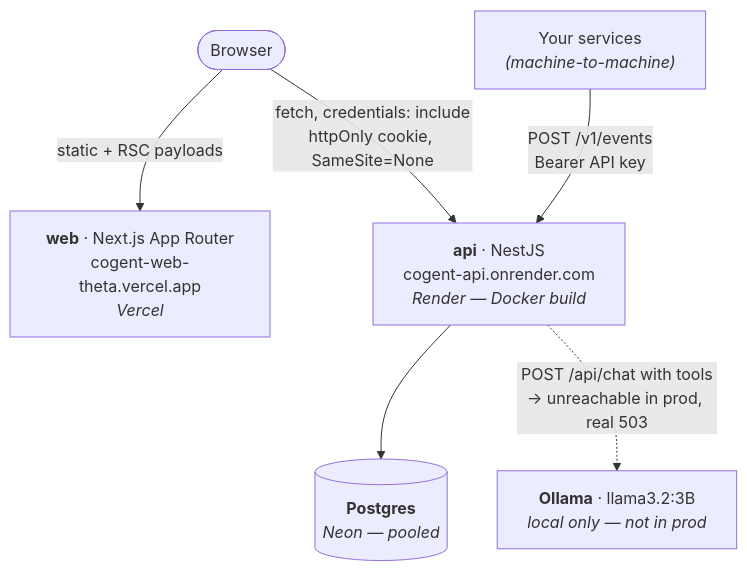
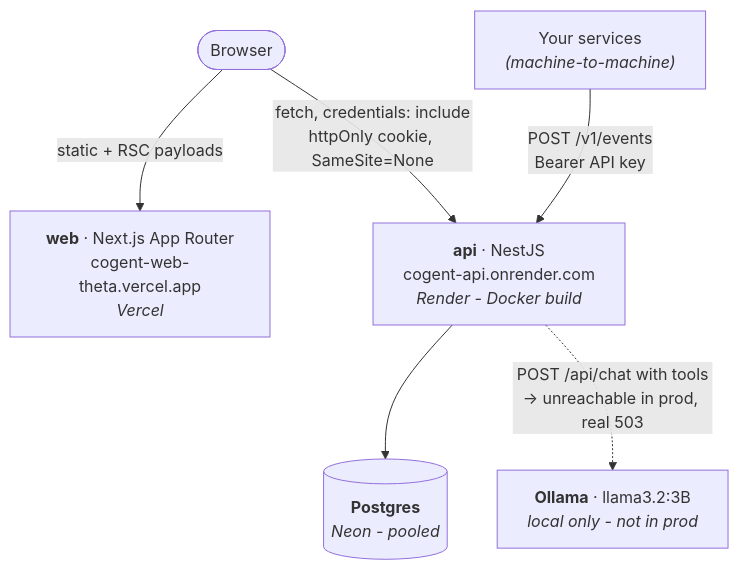
The diagram in README.md (adithiB/cogent), drawn with Mermaid before and after one commit. The commit also changed other lines of this file, not shown here.

````diff
--- a/README.md
+++ b/README.md
@@ -42,17 +42,17 @@
 ```mermaid
 flowchart TB
     Browser(["Browser"])
 
     Web["<b>web</b> · Next.js App Router<br/>cogent-web-theta.vercel.app<br/><i>Vercel</i>"]
-    API["<b>api</b> · NestJS<br/>cogent-api.onrender.com<br/><i>Render — Docker build</i>"]
-    DB[("<b>Postgres</b><br/><i>Neon — pooled</i>")]
-    Ollama["<b>Ollama</b> · llama3.2:3B<br/><i>local only — not in prod</i>"]
+    API["<b>api</b> · NestJS<br/>cogent-api.onrender.com<br/><i>Render - Docker build</i>"]
+    DB[("<b>Postgres</b><br/><i>Neon - pooled</i>")]
+    Ollama["<b>Ollama</b> · llama3.2:3B<br/><i>local only - not in prod</i>"]
 
     Services["Your services<br/><i>(machine-to-machine)</i>"]
 
     Browser -->|"static + RSC payloads"| Web
     Browser -->|"fetch, credentials: include<br/>httpOnly cookie, SameSite=None"| API
     Services -->|"POST /v1/events<br/>Bearer API key"| API
     API --> DB
     API -.->|"POST /api/chat with tools<br/>→ unreachable in prod, real 503"| Ollama
 ```
````
